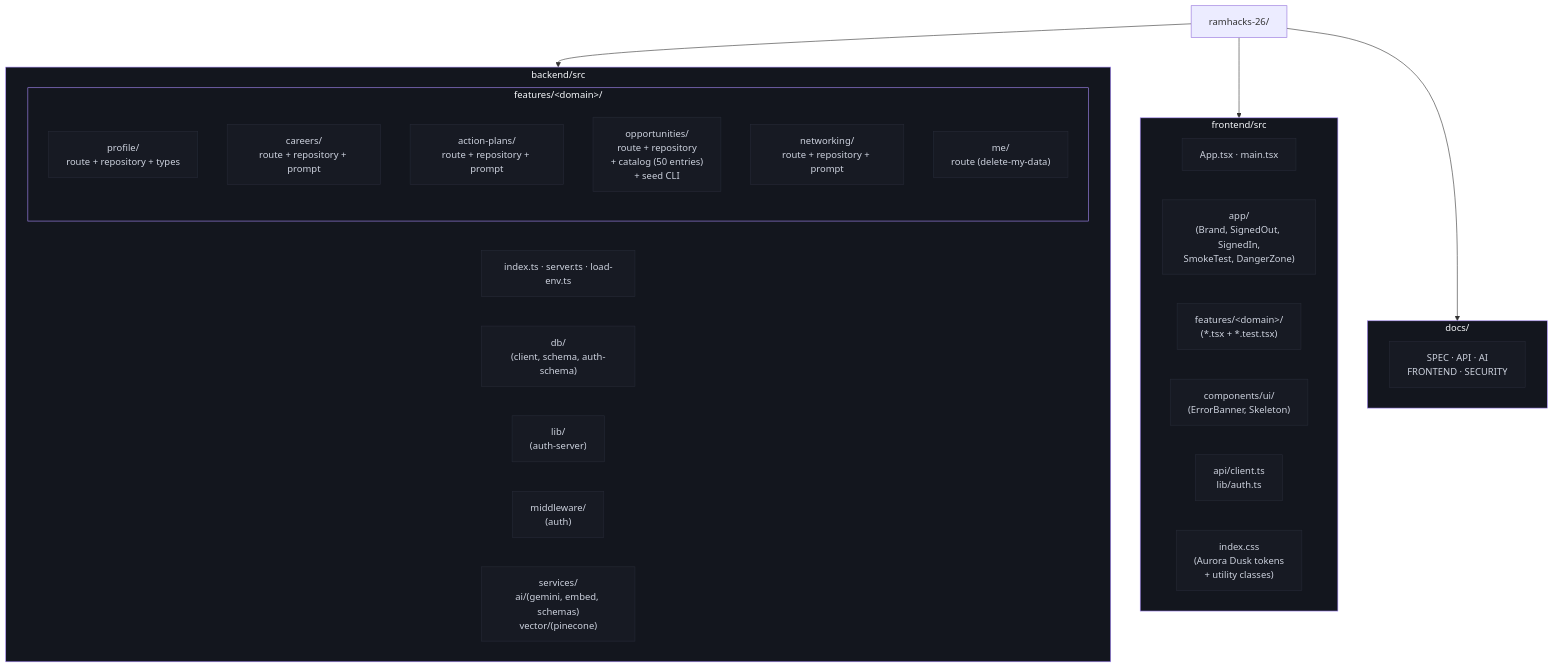
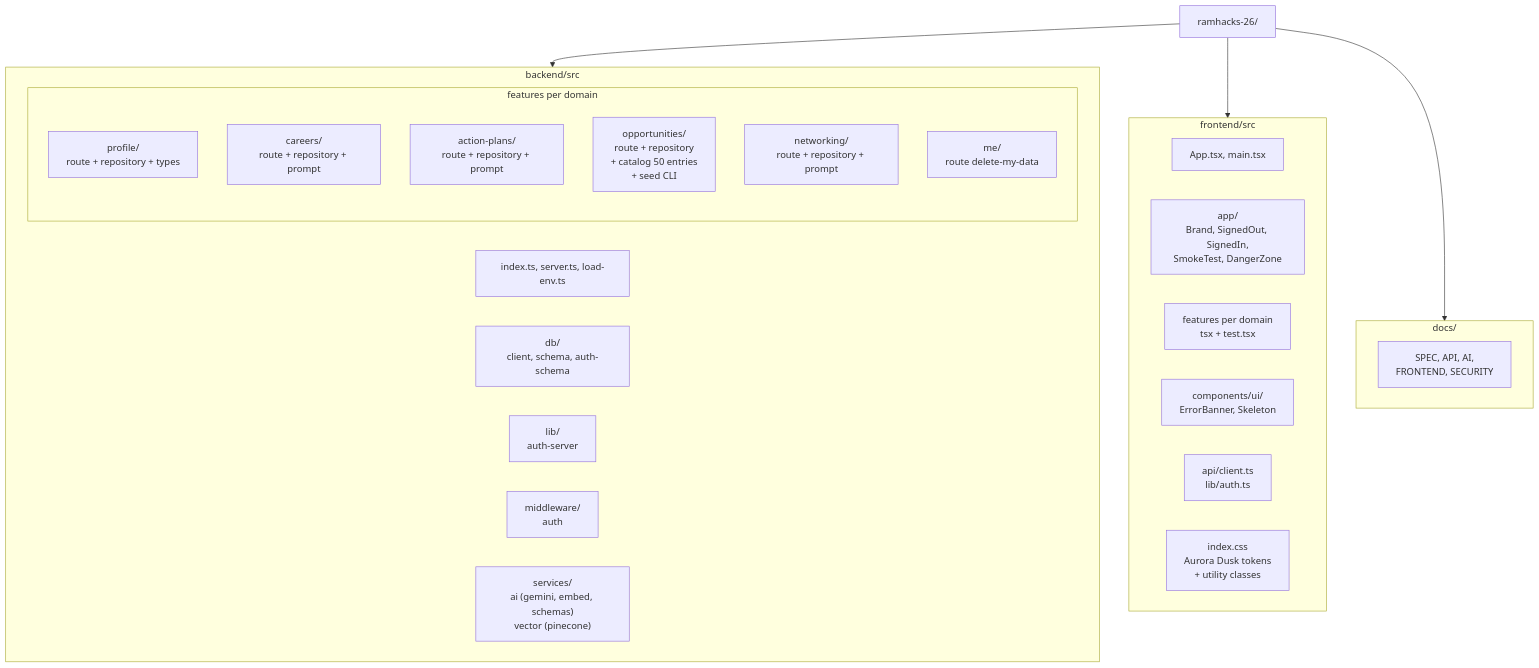
One commit to WomB0ComB0/ramhacks-26 changed the fourth of 4 diagrams in README.md. Above: the diagram before and after it, drawn with Mermaid. The commit also changed other lines of this file, not shown here.

First line of the commit message:
docs(readme): fix mermaid render errors

````diff
--- a/README.md
+++ b/README.md
@@ -182,42 +169,37 @@
 ```mermaid
 graph TD
     ROOT["ramhacks-26/"]
 
     subgraph BE["backend/src"]
-      BIDX["index.ts · server.ts · load-env.ts"]
-      BDB["db/<br/>(client, schema, auth-schema)"]
-      BLIB["lib/<br/>(auth-server)"]
-      BMW["middleware/<br/>(auth)"]
-      BSVC["services/<br/>ai/(gemini, embed, schemas)<br/>vector/(pinecone)"]
-      subgraph FT["features/&lt;domain&gt;/"]
+      BIDX["index.ts, server.ts, load-env.ts"]
+      BDB["db/<br/>client, schema, auth-schema"]
+      BLIB["lib/<br/>auth-server"]
+      BMW["middleware/<br/>auth"]
+      BSVC["services/<br/>ai (gemini, embed, schemas)<br/>vector (pinecone)"]
+      subgraph FT["features per domain"]
         FT_PR["profile/<br/>route + repository + types"]
         FT_CR["careers/<br/>route + repository + prompt"]
         FT_AP["action-plans/<br/>route + repository + prompt"]
-        FT_OP["opportunities/<br/>route + repository<br/>+ catalog (50 entries)<br/>+ seed CLI"]
+        FT_OP["opportunities/<br/>route + repository<br/>+ catalog 50 entries<br/>+ seed CLI"]
         FT_NW["networking/<br/>route + repository + prompt"]
-        FT_ME["me/<br/>route (delete-my-data)"]
+        FT_ME["me/<br/>route delete-my-data"]
       end
     end
 
     subgraph FE["frontend/src"]
-      FAPP["App.tsx · main.tsx"]
-      FAPP_DIR["app/<br/>(Brand, SignedOut, SignedIn,<br/>SmokeTest, DangerZone)"]
-      FFEAT["features/&lt;domain&gt;/<br/>(*.tsx + *.test.tsx)"]
-      FUI["components/ui/<br/>(ErrorBanner, Skeleton)"]
+      FAPP["App.tsx, main.tsx"]
+      FAPP_DIR["app/<br/>Brand, SignedOut, SignedIn,<br/>SmokeTest, DangerZone"]
+      FFEAT["features per domain<br/>tsx + test.tsx"]
+      FUI["components/ui/<br/>ErrorBanner, Skeleton"]
       FAPI["api/client.ts<br/>lib/auth.ts"]
-      FCSS["index.css<br/>(Aurora Dusk tokens<br/>+ utility classes)"]
+      FCSS["index.css<br/>Aurora Dusk tokens<br/>+ utility classes"]
     end
 
     subgraph DOCS["docs/"]
-      DOCFILES["SPEC · API · AI<br/>FRONTEND · SECURITY"]
+      DOCFILES["SPEC, API, AI,<br/>FRONTEND, SECURITY"]
     end
 
     ROOT --> BE
     ROOT --> FE
     ROOT --> DOCS
-
-    classDef pkg fill:#13161e,stroke:#a78bfa,color:#f5f7fa;
-    classDef leaf fill:#171a23,stroke:#262a36,color:#cdd2de;
-    class BE,FE,DOCS,FT pkg;
-    class BIDX,BDB,BLIB,BMW,BSVC,FT_PR,FT_CR,FT_AP,FT_OP,FT_NW,FT_ME,FAPP,FAPP_DIR,FFEAT,FUI,FAPI,FCSS,DOCFILES leaf;
 ```
````
